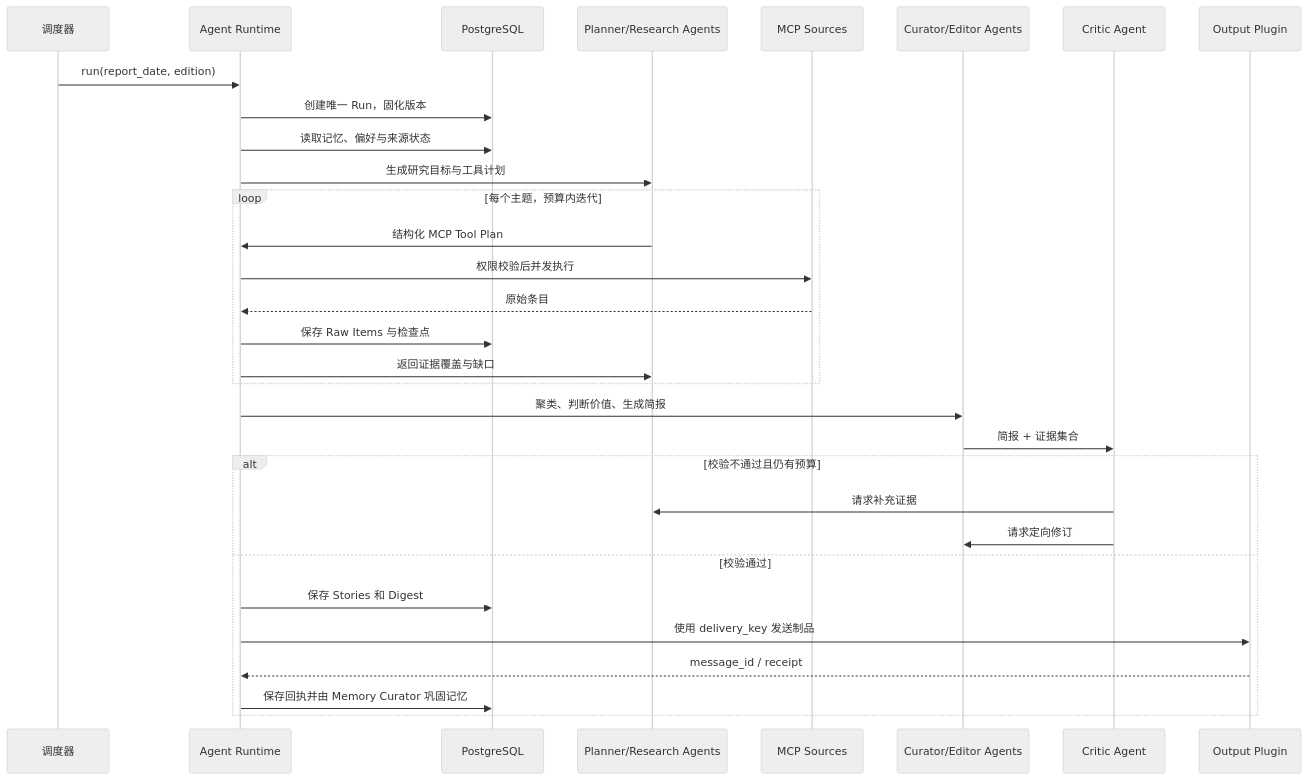
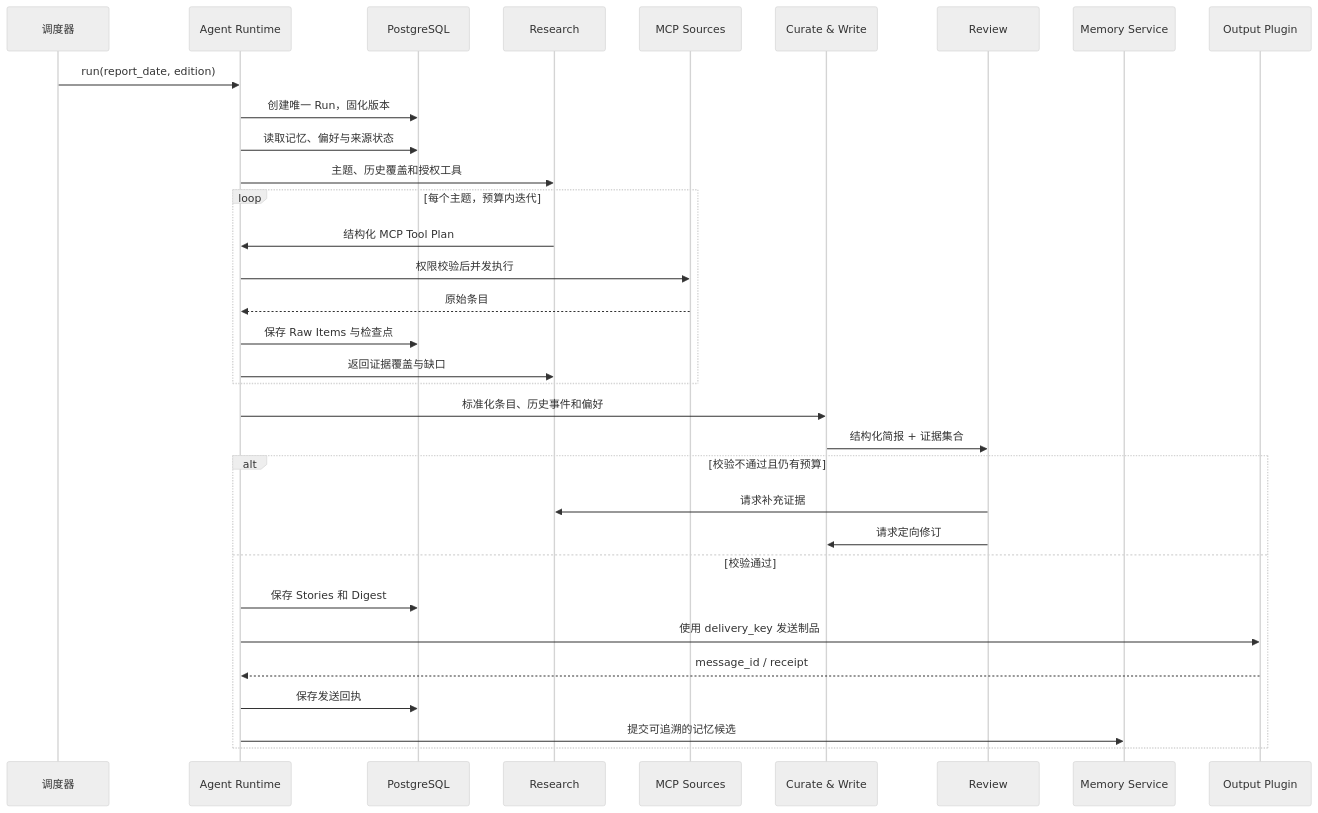
One commit to liuxzzz/finance-ai-news-agent changed the second of 4 diagrams in docs/technical-design.md. Above: the diagram before and after it, drawn with Mermaid (neutral theme). The commit also changed other lines of this file and 15 other files, not shown here.

````diff
--- a/docs/technical-design.md
+++ b/docs/technical-design.md
@@ -162,34 +158,36 @@
 ```mermaid
 sequenceDiagram
     participant Scheduler as 调度器
     participant Runtime as Agent Runtime
     participant DB as PostgreSQL
-    participant Planner as Planner/Research Agents
+    participant Research as Research
     participant MCP as MCP Sources
-    participant Editor as Curator/Editor Agents
-    participant Critic as Critic Agent
+    participant Compose as Curate & Write
+    participant Review as Review
+    participant Memory as Memory Service
     participant Output as Output Plugin
 
     Scheduler->>Runtime: run(report_date, edition)
     Runtime->>DB: 创建唯一 Run，固化版本
     Runtime->>DB: 读取记忆、偏好与来源状态
-    Runtime->>Planner: 生成研究目标与工具计划
+    Runtime->>Research: 主题、历史覆盖和授权工具
     loop 每个主题，预算内迭代
-      Planner->>Runtime: 结构化 MCP Tool Plan
+      Research->>Runtime: 结构化 MCP Tool Plan
       Runtime->>MCP: 权限校验后并发执行
       MCP-->>Runtime: 原始条目
       Runtime->>DB: 保存 Raw Items 与检查点
-      Runtime->>Planner: 返回证据覆盖与缺口
+      Runtime->>Research: 返回证据覆盖与缺口
     end
-    Runtime->>Editor: 聚类、判断价值、生成简报
-    Editor->>Critic: 简报 + 证据集合
+    Runtime->>Compose: 标准化条目、历史事件和偏好
+    Compose->>Review: 结构化简报 + 证据集合
     alt 校验不通过且仍有预算
-      Critic->>Planner: 请求补充证据
-      Critic->>Editor: 请求定向修订
+      Review->>Research: 请求补充证据
+      Review->>Compose: 请求定向修订
     else 校验通过
       Runtime->>DB: 保存 Stories 和 Digest
       Runtime->>Output: 使用 delivery_key 发送制品
       Output-->>Runtime: message_id / receipt
-      Runtime->>DB: 保存回执并由 Memory Curator 巩固记忆
+      Runtime->>DB: 保存发送回执
+      Runtime->>Memory: 提交可追溯的记忆候选
     end
 ```
````
